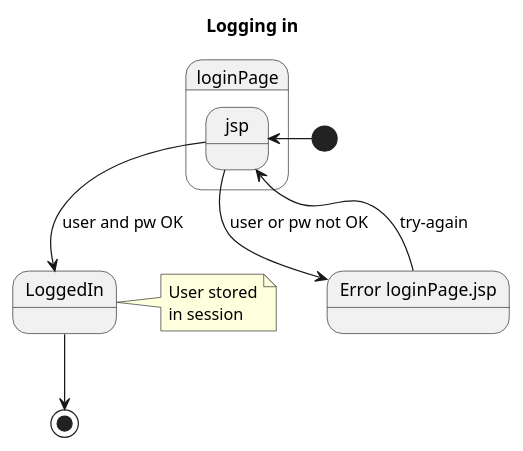
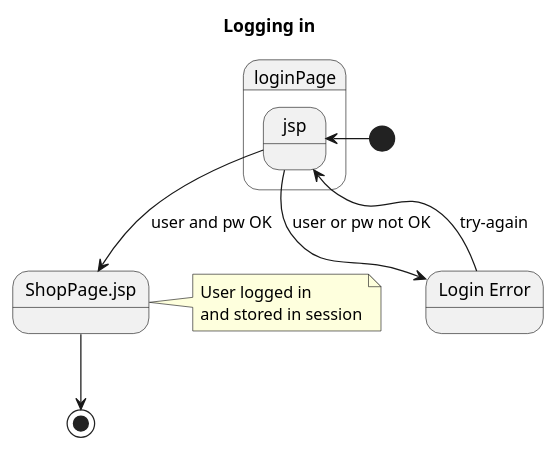
The diagram in src/main/java/UML/LoginDiagram.puml (NikolajX4000/CupCakeWebShop), drawn with PlantUML before and after one commit.

Commit message:
Login Diagram UD

```diff
--- a/src/main/java/UML/LoginDiagram.puml
+++ b/src/main/java/UML/LoginDiagram.puml
@@ -1,21 +1,20 @@
 @startuml
 skinparam backgroundColor wihte
 skinparam Shadowing false
 
 Title Logging in
 State loginPage.jsp
-State "Error loginPage.jsp" as error
-State LoggedIn
+State "Login Error" as error
+State "ShopPage.jsp" as LoggedIn
 
 note right of LoggedIn
-User stored
-in session
+User logged in
+and stored in session
 end note
 
 [*] -> loginPage.jsp
 loginPage.jsp --> LoggedIn : user and pw OK
+loginPage.jsp --> error : user or pw not OK
 error --> loginPage.jsp : try-again
-loginPage.jsp --> error : user or pw not OK
 LoggedIn --> [*]
-
 @enduml
```
